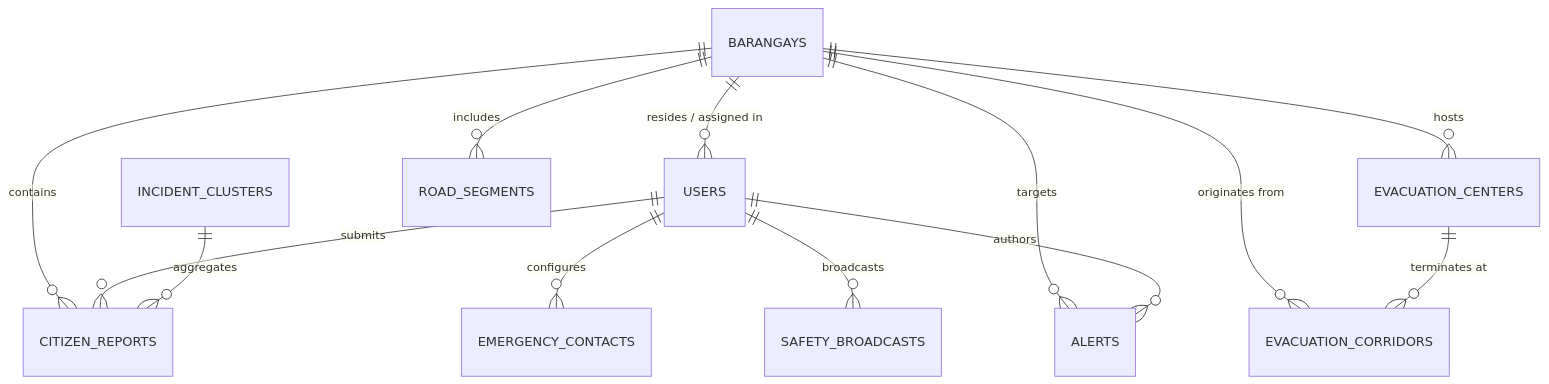
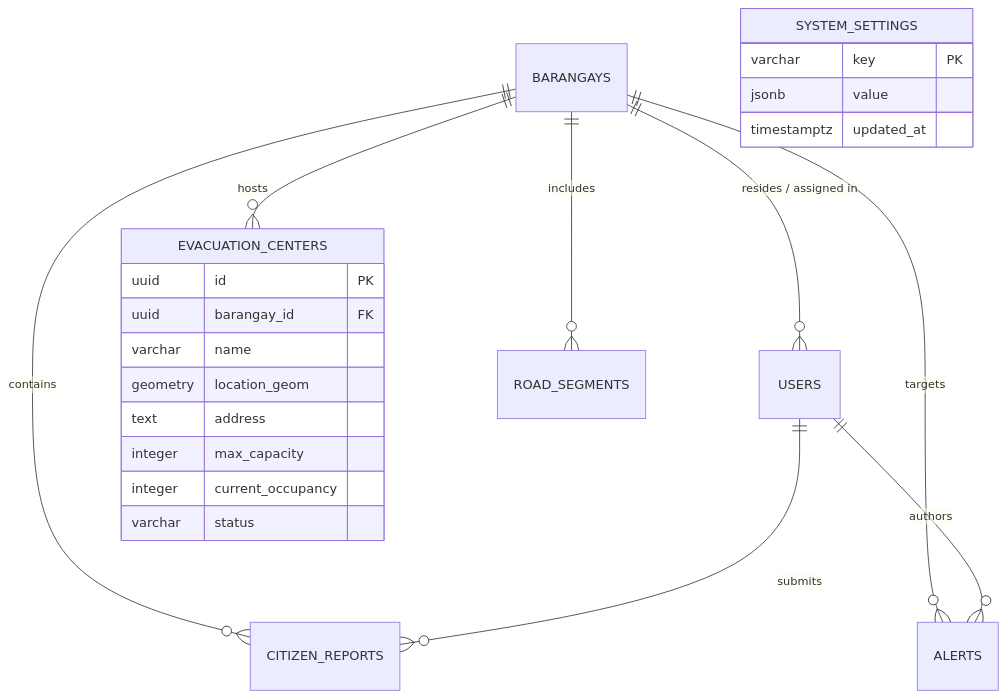
One commit to oznerta/CebuFloodWatch changed the diagram in docs/DATABASE_SCHEMA.md. Above: the diagram before and after it, drawn with Mermaid. The commit also changed other lines of this file and 4 other files, not shown here.

Commit message:
docs: synchronize all architecture, database schema, API specifications, and project context with latest system features

````diff
--- a/docs/DATABASE_SCHEMA.md
+++ b/docs/DATABASE_SCHEMA.md
@@ -5,17 +5,28 @@
 ```mermaid
 erDiagram
     BARANGAYS ||--o{ USERS : "resides / assigned in"
     BARANGAYS ||--o{ CITIZEN_REPORTS : "contains"
     BARANGAYS ||--o{ EVACUATION_CENTERS : "hosts"
     BARANGAYS ||--o{ ROAD_SEGMENTS : "includes"
-    BARANGAYS ||--o{ EVACUATION_CORRIDORS : "originates from"
     BARANGAYS ||--o{ ALERTS : "targets"
 
     USERS ||--o{ CITIZEN_REPORTS : "submits"
-    USERS ||--o{ EMERGENCY_CONTACTS : "configures"
-    USERS ||--o{ SAFETY_BROADCASTS : "broadcasts"
     USERS ||--o{ ALERTS : "authors"
 
-    INCIDENT_CLUSTERS ||--o{ CITIZEN_REPORTS : "aggregates"
-    EVACUATION_CENTERS ||--o{ EVACUATION_CORRIDORS : "terminates at"
+    SYSTEM_SETTINGS {
+        varchar key PK
+        jsonb value
+        timestamptz updated_at
+    }
+
+    EVACUATION_CENTERS {
+        uuid id PK
+        uuid barangay_id FK
+        varchar name
+        geometry location_geom
+        text address
+        integer max_capacity
+        integer current_occupancy
+        varchar status
+    }
 ```
````
